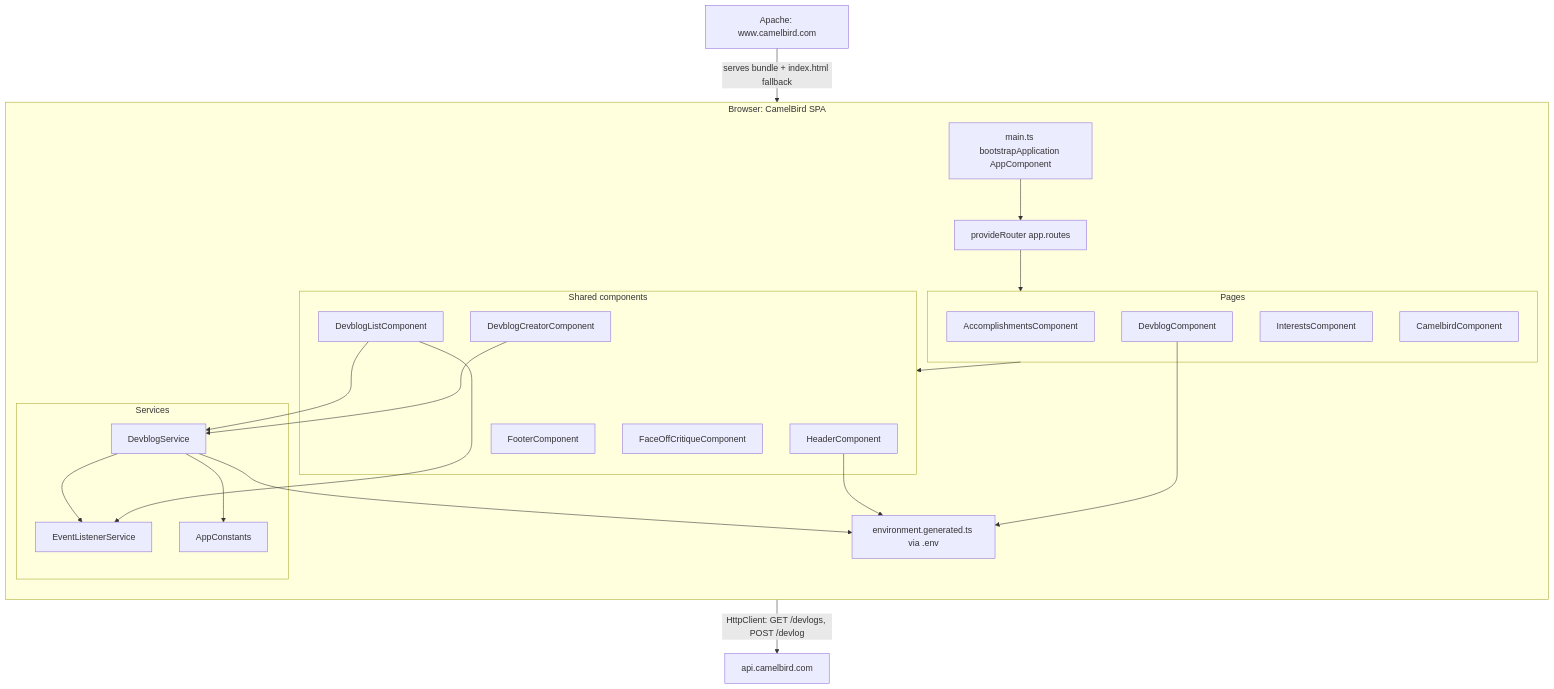
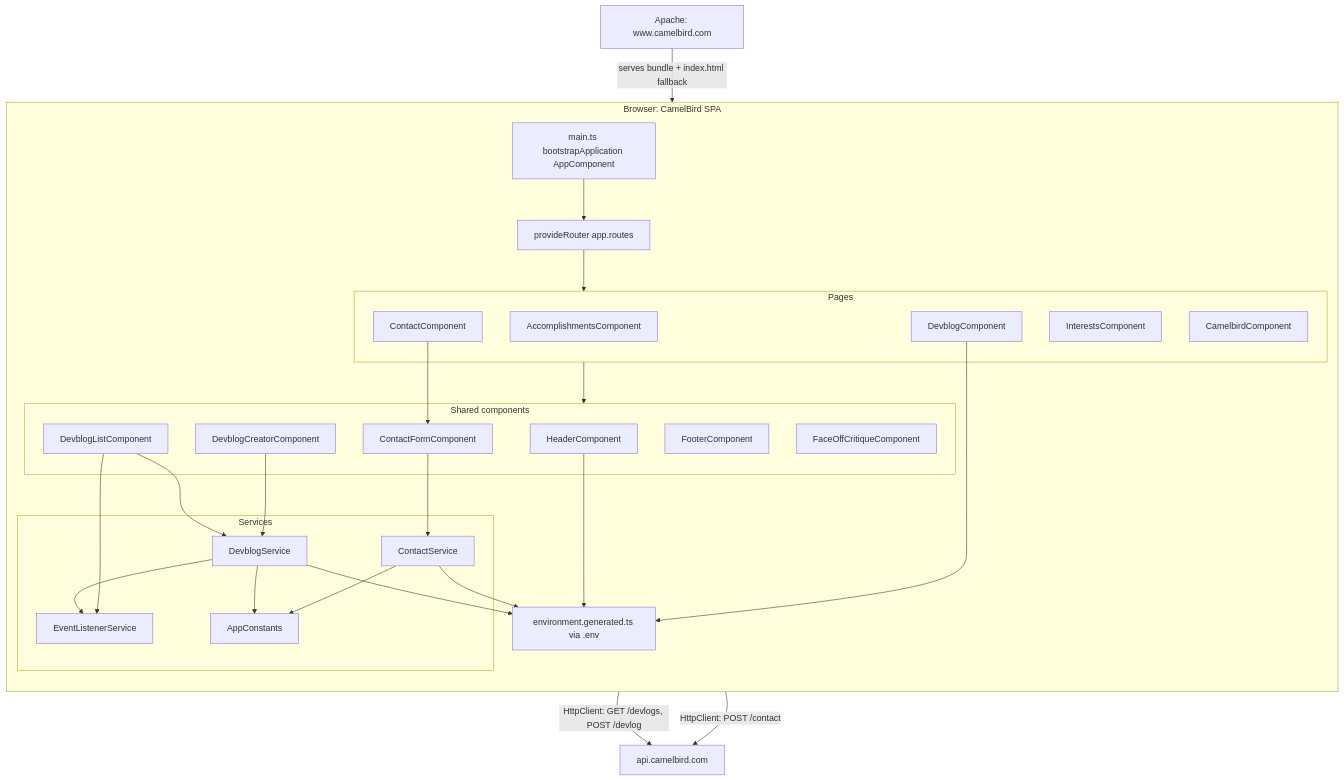
One commit to dangard/CamelBird changed the second of 3 diagrams in docs/ARCHITECTURE.md. Above: the diagram before and after it, drawn with Mermaid. The commit also changed other lines of this file and 18 other files, not shown here.

Commit message:
Contact form v0

````diff
--- a/docs/ARCHITECTURE.md
+++ b/docs/ARCHITECTURE.md
@@ -52,43 +52,51 @@
 ```mermaid
 flowchart TB
   subgraph spa [Browser: CamelBird SPA]
     direction TB
     bootstrap[main.ts bootstrapApplication AppComponent]
     router[provideRouter app.routes]
     subgraph pages [Pages]
       acc[AccomplishmentsComponent]
       inter[InterestsComponent]
       cb[CamelbirdComponent]
       blog[DevblogComponent]
+      contact[ContactComponent]
     end
     subgraph shared [Shared components]
       header[HeaderComponent]
       footer[FooterComponent]
       list[DevblogListComponent]
       creator[DevblogCreatorComponent]
+      contactForm[ContactFormComponent]
       face[FaceOffCritiqueComponent]
     end
     subgraph svcs [Services]
       devsvc[DevblogService]
+      contactsvc[ContactService]
       evtsvc[EventListenerService]
       constants[AppConstants]
     end
     env[environment.generated.ts via .env]
     bootstrap --> router
     router --> pages
     pages --> shared
     list --> devsvc
     creator --> devsvc
+    contact --> contactForm
+    contactForm --> contactsvc
     devsvc --> evtsvc
     list --> evtsvc
     devsvc --> constants
+    contactsvc --> constants
     devsvc --> env
+    contactsvc --> env
     header --> env
     blog --> env
   end
 
   apache[Apache: www.camelbird.com]
   api[api.camelbird.com]
   devsvc -->|HttpClient: GET /devlogs, POST /devlog| api
+  contactsvc -->|HttpClient: POST /contact| api
   apache -->|serves bundle + index.html fallback| spa
 ```
````
